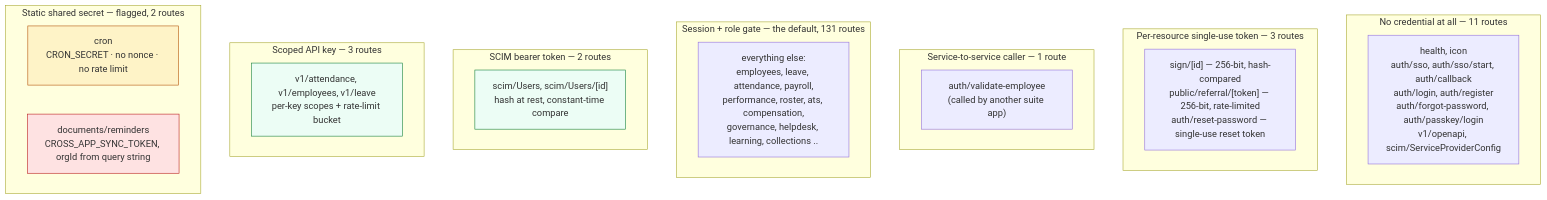
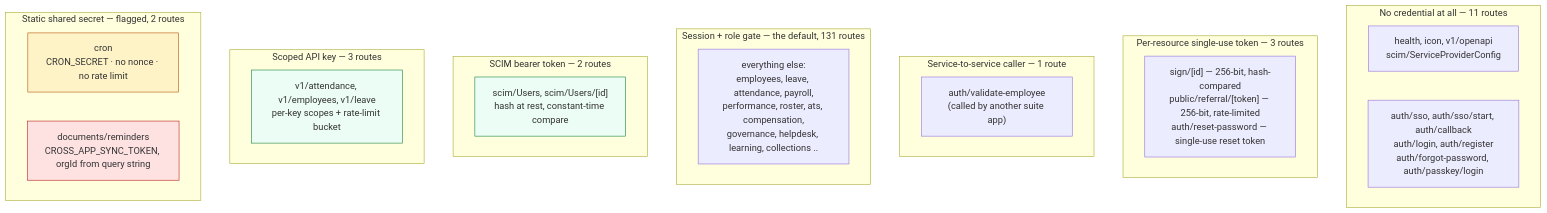
One commit to Hemakotibonthada/HRMS.circuvent changed the fifth of 49 diagrams in Architecture_Docs/06_ARCHITECTURE_DIAGRAMS.md. Above: the diagram before and after it, drawn with Mermaid. The commit also changed other lines of this file and 21 other files, not shown here.

````diff
--- a/Architecture_Docs/06_ARCHITECTURE_DIAGRAMS.md
+++ b/Architecture_Docs/06_ARCHITECTURE_DIAGRAMS.md
@@ -802,30 +802,31 @@
 ```mermaid
 flowchart TB
     subgraph pub["No credential at all — 11 routes"]
-        p1["health, icon<br/>auth/sso, auth/sso/start, auth/callback<br/>auth/login, auth/register<br/>auth/forgot-password, auth/passkey/login<br/>v1/openapi, scim/ServiceProviderConfig"]
+        p1["health, icon, v1/openapi<br/>scim/ServiceProviderConfig"]
+        p1b["auth/sso, auth/sso/start, auth/callback<br/>auth/login, auth/register<br/>auth/forgot-password, auth/passkey/login"]
     end
     subgraph resToken["Per-resource single-use token — 3 routes"]
         r1["sign/[id] — 256-bit, hash-compared<br/>public/referral/[token] — 256-bit, rate-limited<br/>auth/reset-password — single-use reset token"]
     end
     subgraph svc["Service-to-service caller — 1 route"]
         s1["auth/validate-employee<br/>(called by another suite app)"]
     end
     subgraph def["Session + role gate — the default, 131 routes"]
         d1["everything else:<br/>employees, leave, attendance, payroll,<br/>performance, roster, ats, compensation,<br/>governance, helpdesk, learning, collections .."]
     end
     subgraph scimTier["SCIM bearer token — 2 routes"]
         sc1["scim/Users, scim/Users/[id]<br/>hash at rest, constant-time compare"]
     end
     subgraph keyTier["Scoped API key — 3 routes"]
         k1["v1/attendance, v1/employees, v1/leave<br/>per-key scopes + rate-limit bucket"]
     end
     subgraph staticTier["Static shared secret — flagged, 2 routes"]
         cronN["cron<br/>CRON_SECRET · no nonce · no rate limit"]
         remN["documents/reminders<br/>CROSS_APP_SYNC_TOKEN, orgId from query string"]
     end
 
     style remN fill:#FEE2E2,stroke:#B91C1C
     style cronN fill:#FEF3C7,stroke:#B45309
     style sc1 fill:#ECFDF5,stroke:#15803D
     style k1 fill:#ECFDF5,stroke:#15803D
 ```
````
